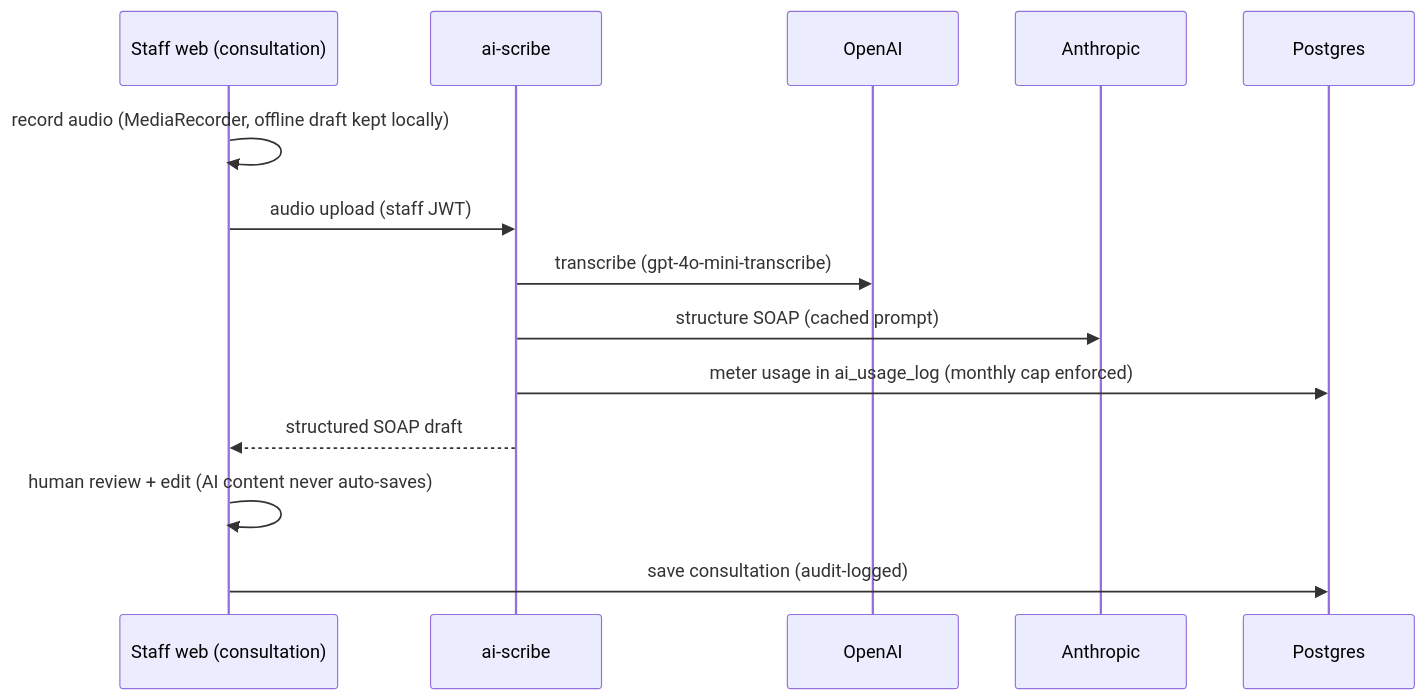
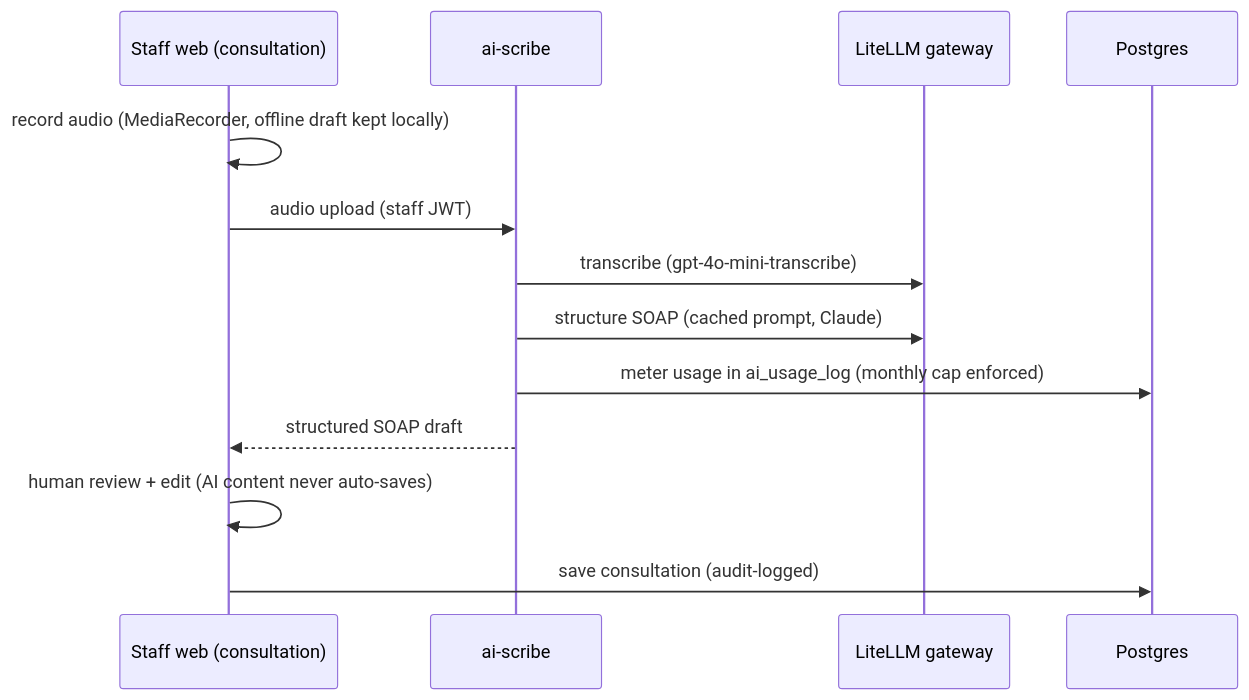
Before and after one commit to kolhapuresatyajeet/curam: the third of 7 diagrams in docs/architecture.md, drawn with Mermaid. The commit also changed other lines of this file and 6 other files, not shown here.

First line of the commit message:
AI scribe: route providers through LiteLLM gateway (optional)

````diff
--- a/docs/architecture.md
+++ b/docs/architecture.md
@@ -139,17 +153,16 @@
 ```mermaid
 sequenceDiagram
     participant GP as Staff web (consultation)
     participant S as ai-scribe
-    participant OA as OpenAI
-    participant AN as Anthropic
+    participant L as LiteLLM gateway
     participant DB as Postgres
 
     GP->>GP: record audio (MediaRecorder, offline draft kept locally)
     GP->>S: audio upload (staff JWT)
-    S->>OA: transcribe (gpt-4o-mini-transcribe)
-    S->>AN: structure SOAP (cached prompt)
+    S->>L: transcribe (gpt-4o-mini-transcribe)
+    S->>L: structure SOAP (cached prompt, Claude)
     S->>DB: meter usage in ai_usage_log (monthly cap enforced)
     S-->>GP: structured SOAP draft
     GP->>GP: human review + edit (AI content never auto-saves)
     GP->>DB: save consultation (audit-logged)
 ```
````
